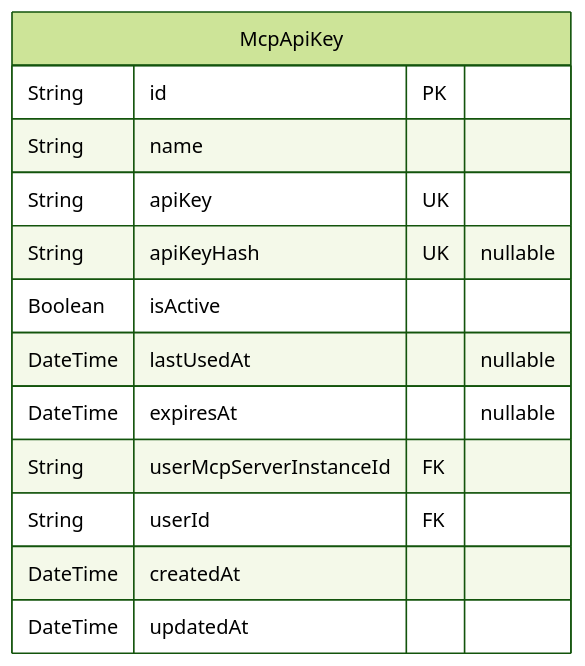
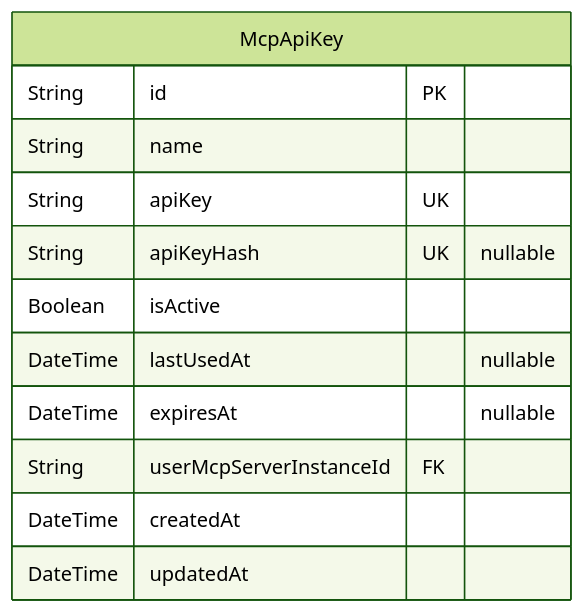
The first of 7 diagrams in packages/db/prisma/README.md (rayven122/tumiki), drawn with Mermaid (forest theme) before and after one commit. The commit also changed other lines of this file and 9 other files, not shown here.

First line of the commit message:
Refactor Prisma schema files for improved readability and consistency

````diff
--- a/packages/db/prisma/README.md
+++ b/packages/db/prisma/README.md
@@ -13,16 +13,15 @@
 ```mermaid
 erDiagram
 "McpApiKey" {
   String id PK
   String name
   String apiKey UK
   String apiKeyHash UK "nullable"
   Boolean isActive
   DateTime lastUsedAt "nullable"
   DateTime expiresAt "nullable"
   String userMcpServerInstanceId FK
-  String userId FK
   DateTime createdAt
   DateTime updatedAt
 }
 ```
````
